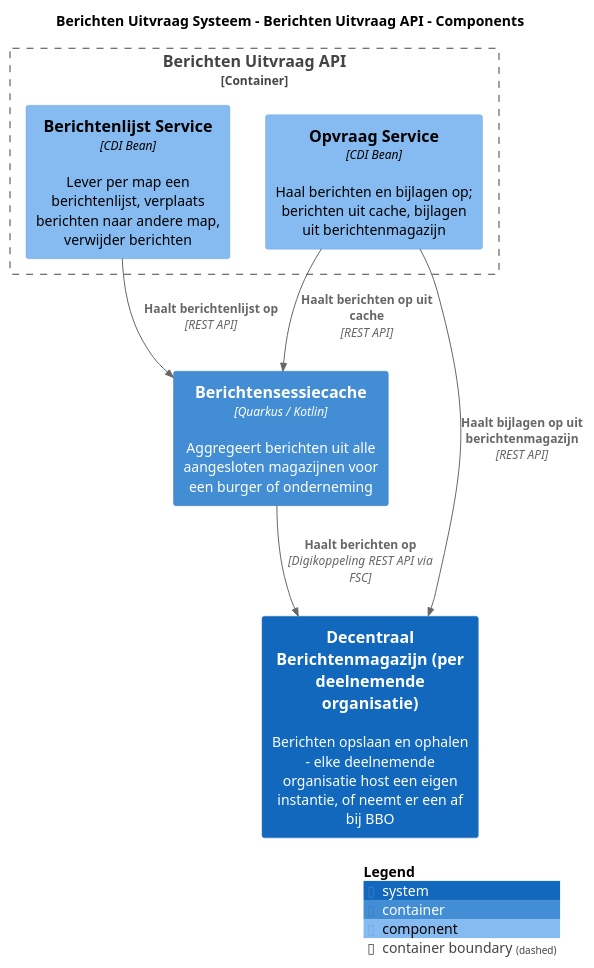
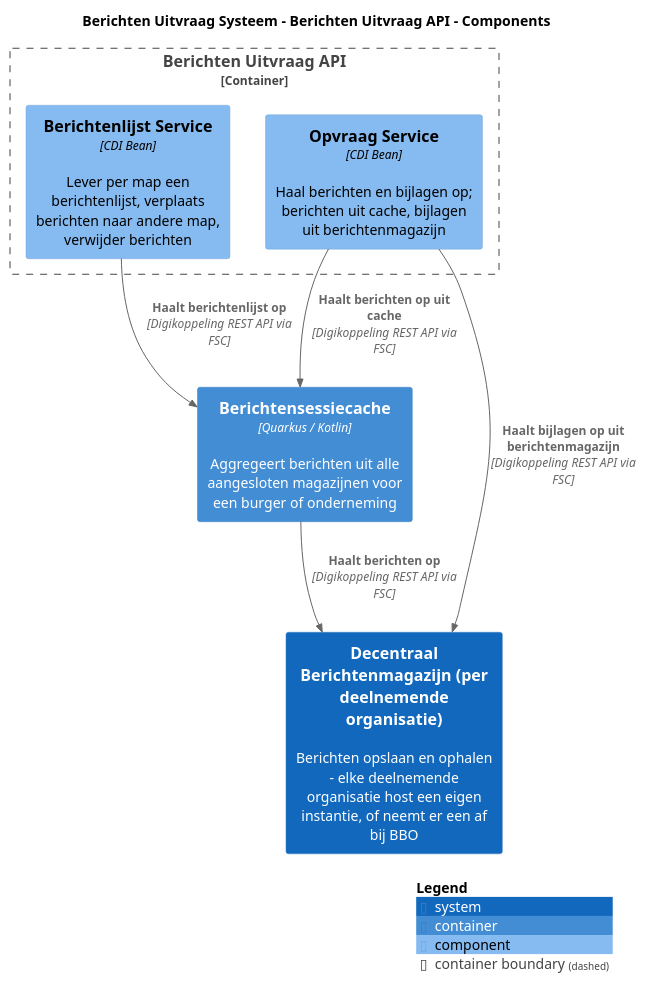
Before and after one commit to MinBZK/moza-poc-fbs-berichtenbox: the diagram in pr-preview/pr-16/master/puml/BerichtenUitvraagAPIComponenten.puml, drawn with PlantUML. The commit also changed 48 other files, not shown here.

```diff
--- a/pr-preview/pr-16/master/puml/BerichtenUitvraagAPIComponenten.puml
+++ b/pr-preview/pr-16/master/puml/BerichtenUitvraagAPIComponenten.puml
@@ -1,26 +1,26 @@
 @startuml
 set separator none
 title Berichten Uitvraag Systeem - Berichten Uitvraag API - Components
 
 top to bottom direction
 
 !include <C4/C4>
 !include <C4/C4_Context>
 !include <C4/C4_Container>
 !include <C4/C4_Component>
 
 System(DecentraalBerichtenmagazijnperdeelnemendeorganisatie, "Decentraal Berichtenmagazijn (per deelnemende organisatie)", $descr="Berichten opslaan en ophalen - elke deelnemende organisatie host een eigen instantie, of neemt er een af bij BBO", $tags="", $link="")
 Container(BerichtenUitvraagSysteem.Berichtensessiecache, "Berichtensessiecache", $techn="Quarkus / Kotlin", $descr="Aggregeert berichten uit alle aangesloten magazijnen voor een burger of onderneming", $tags="", $link="")
 
 Container_Boundary("BerichtenUitvraagSysteem.BerichtenUitvraagAPI_boundary", "Berichten Uitvraag API", $tags="") {
   Component(BerichtenUitvraagSysteem.BerichtenUitvraagAPI.BerichtenlijstService, "Berichtenlijst Service", $techn="CDI Bean", $descr="Lever per map een berichtenlijst, verplaats berichten naar andere map, verwijder berichten", $tags="", $link="")
   Component(BerichtenUitvraagSysteem.BerichtenUitvraagAPI.OpvraagService, "Opvraag Service", $techn="CDI Bean", $descr="Haal berichten en bijlagen op; berichten uit cache, bijlagen uit berichtenmagazijn", $tags="", $link="")
 }
 
 Rel(BerichtenUitvraagSysteem.Berichtensessiecache, DecentraalBerichtenmagazijnperdeelnemendeorganisatie, "Haalt berichten op", $techn="Digikoppeling REST API via FSC", $tags="", $link="")
-Rel(BerichtenUitvraagSysteem.BerichtenUitvraagAPI.OpvraagService, BerichtenUitvraagSysteem.Berichtensessiecache, "Haalt berichten op uit cache", $techn="REST API", $tags="", $link="")
-Rel(BerichtenUitvraagSysteem.BerichtenUitvraagAPI.BerichtenlijstService, BerichtenUitvraagSysteem.Berichtensessiecache, "Haalt berichtenlijst op", $techn="REST API", $tags="", $link="")
-Rel(BerichtenUitvraagSysteem.BerichtenUitvraagAPI.OpvraagService, DecentraalBerichtenmagazijnperdeelnemendeorganisatie, "Haalt bijlagen op uit berichtenmagazijn", $techn="REST API", $tags="", $link="")
+Rel(BerichtenUitvraagSysteem.BerichtenUitvraagAPI.OpvraagService, BerichtenUitvraagSysteem.Berichtensessiecache, "Haalt berichten op uit cache", $techn="Digikoppeling REST API via FSC", $tags="", $link="")
+Rel(BerichtenUitvraagSysteem.BerichtenUitvraagAPI.BerichtenlijstService, BerichtenUitvraagSysteem.Berichtensessiecache, "Haalt berichtenlijst op", $techn="Digikoppeling REST API via FSC", $tags="", $link="")
+Rel(BerichtenUitvraagSysteem.BerichtenUitvraagAPI.OpvraagService, DecentraalBerichtenmagazijnperdeelnemendeorganisatie, "Haalt bijlagen op uit berichtenmagazijn", $techn="Digikoppeling REST API via FSC", $tags="", $link="")
 
 SHOW_LEGEND(true)
 @enduml
```
